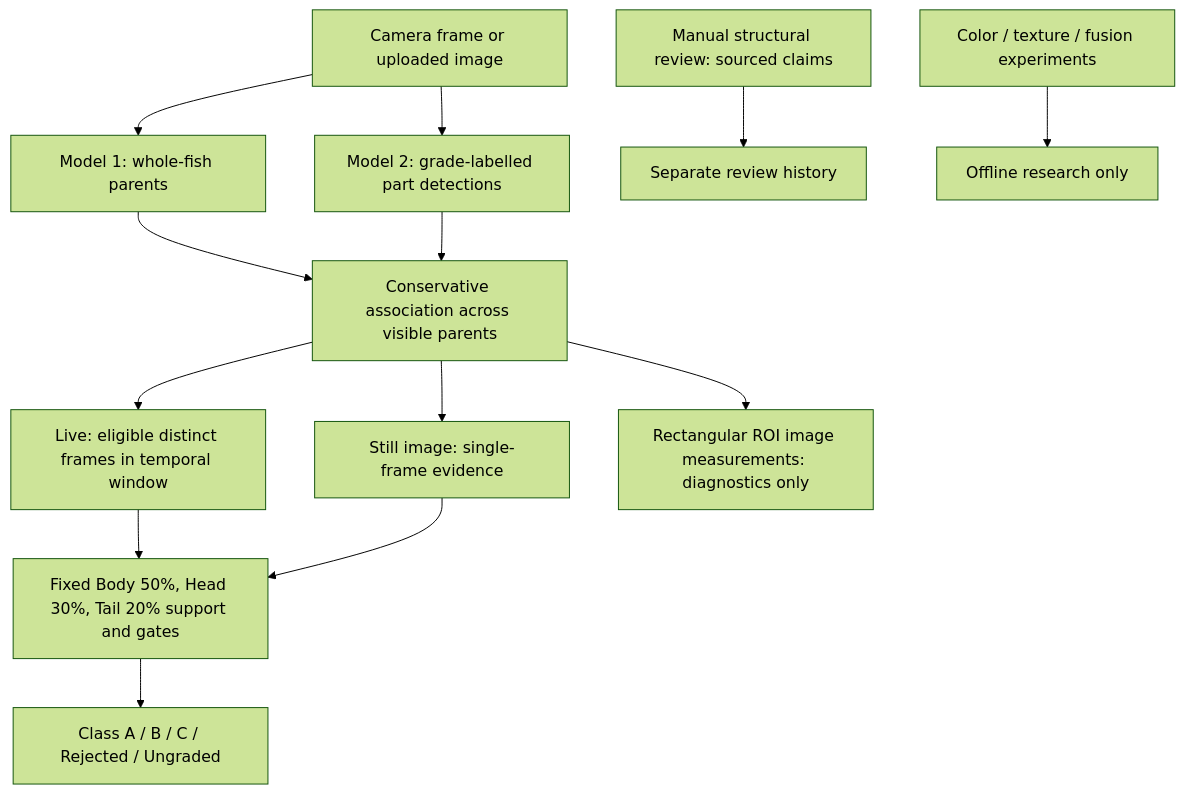
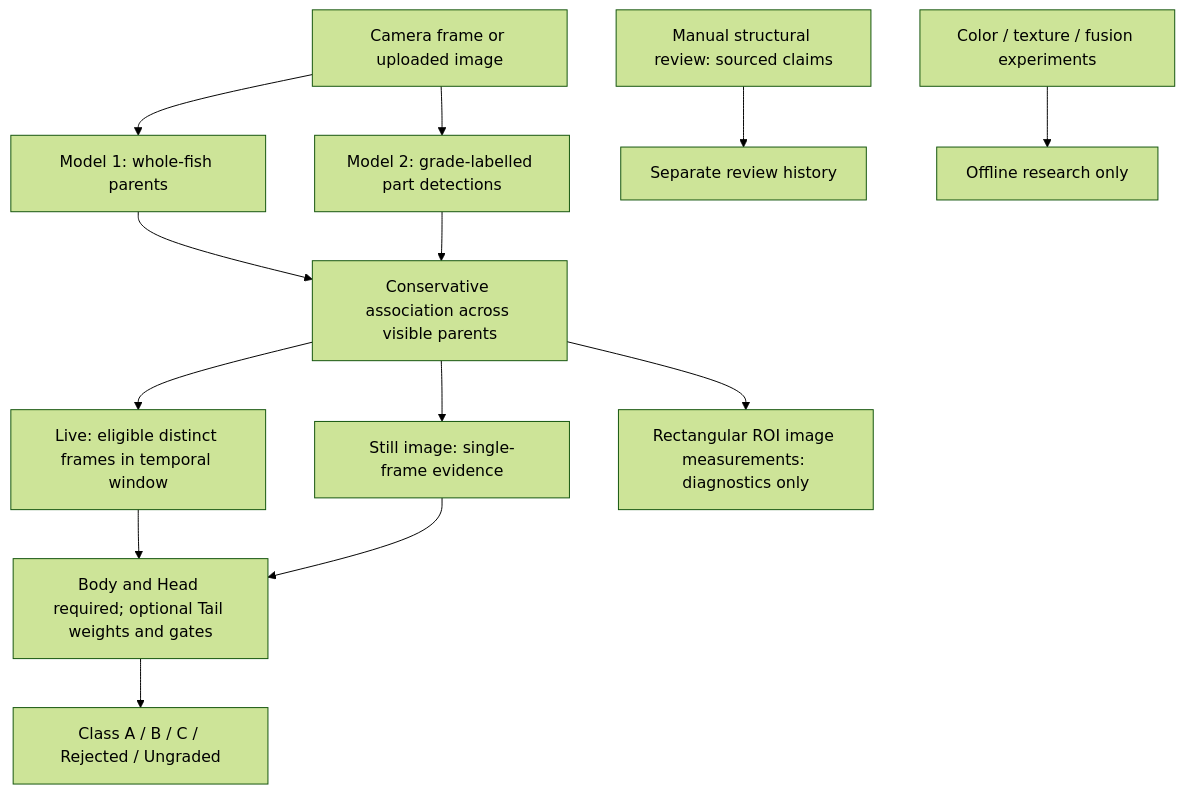
Before and after one commit to xashathebest/Tamban_Thesis_Main_Repository_V2: the diagram in Thesis/sardinella-lemuru-ml/docs/research_architecture.md, drawn with Mermaid (forest theme). The commit also changed other lines of this file and 414 other files, not shown here.

````diff
--- a/Thesis/sardinella-lemuru-ml/docs/research_architecture.md
+++ b/Thesis/sardinella-lemuru-ml/docs/research_architecture.md
@@ -6,15 +6,15 @@
 ```mermaid
 flowchart TD
   I[Camera frame or uploaded image] --> P[Model 1: whole-fish parents]
   I --> Q[Model 2: grade-labelled part detections]
   P --> A[Conservative association across visible parents]
   Q --> A
   A --> T[Live: eligible distinct frames in temporal window]
   A --> S[Still image: single-frame evidence]
-  T --> W[Fixed Body 50%, Head 30%, Tail 20% support and gates]
+  T --> W[Body and Head required; optional Tail weights and gates]
   S --> W
   W --> V[Class A / B / C / Rejected / Ungraded]
   A --> D[Rectangular ROI image measurements: diagnostics only]
   R[Manual structural review: sourced claims] --> H[Separate review history]
   F[Color / texture / fusion experiments] --> O[Offline research only]
 ```
````
